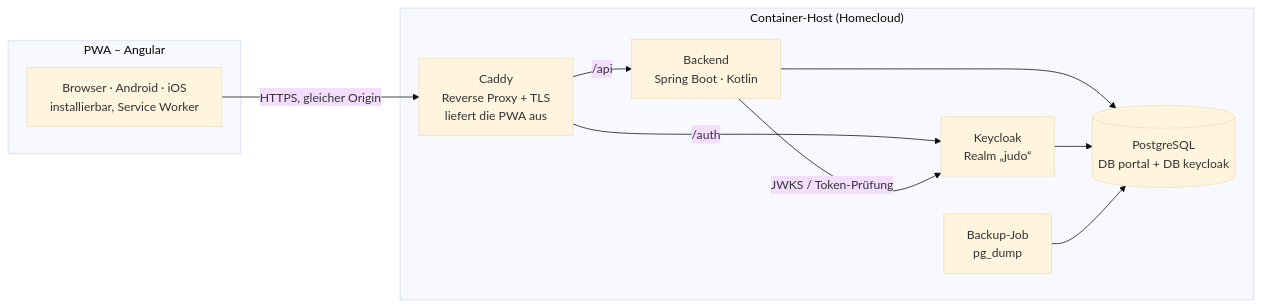
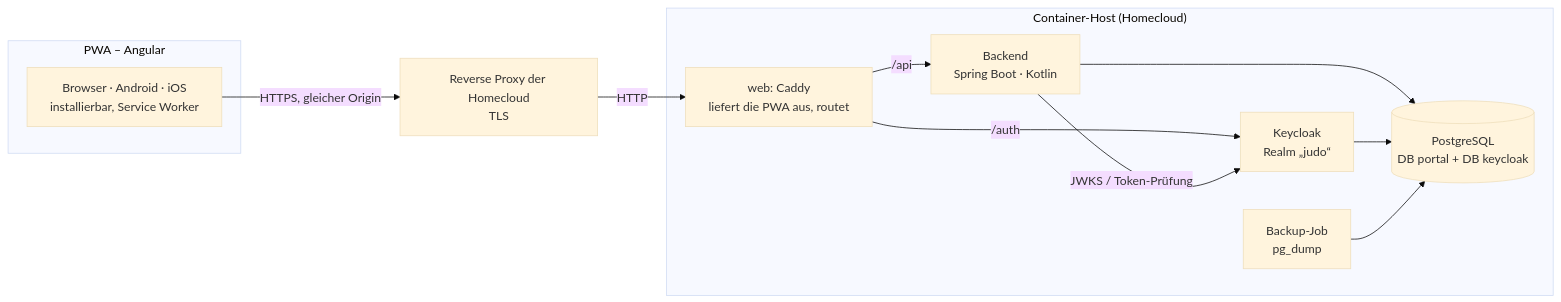
The first of 2 diagrams in docs/ARCHITECTURE.md (tlandsberger/judo-portal), drawn with Mermaid (base theme) before and after one commit. The commit also changed other lines of this file and 16 other files, not shown here.

````diff
--- a/docs/ARCHITECTURE.md
+++ b/docs/ARCHITECTURE.md
@@ -19,22 +19,25 @@
 ```mermaid
 flowchart LR
     subgraph Clients["PWA – Angular"]
         W[Browser · Android · iOS<br/>installierbar, Service Worker]
     end
 
+    RP[Reverse Proxy der Homecloud<br/>TLS]
+
     subgraph Host["Container-Host (Homecloud)"]
-        P[Caddy<br/>Reverse Proxy + TLS<br/>liefert die PWA aus]
+        P[web: Caddy<br/>liefert die PWA aus, routet]
         B[Backend<br/>Spring Boot · Kotlin]
         K[Keycloak<br/>Realm „judo“]
         DB[(PostgreSQL<br/>DB portal + DB keycloak)]
         BK[Backup-Job<br/>pg_dump]
     end
 
-    W -->|HTTPS, gleicher Origin| P
+    W -->|HTTPS, gleicher Origin| RP
+    RP -->|HTTP| P
     P -->|/api| B
     P -->|/auth| K
     B -->|JWKS / Token-Prüfung| K
     B --> DB
     K --> DB
     BK --> DB
 ```
````
